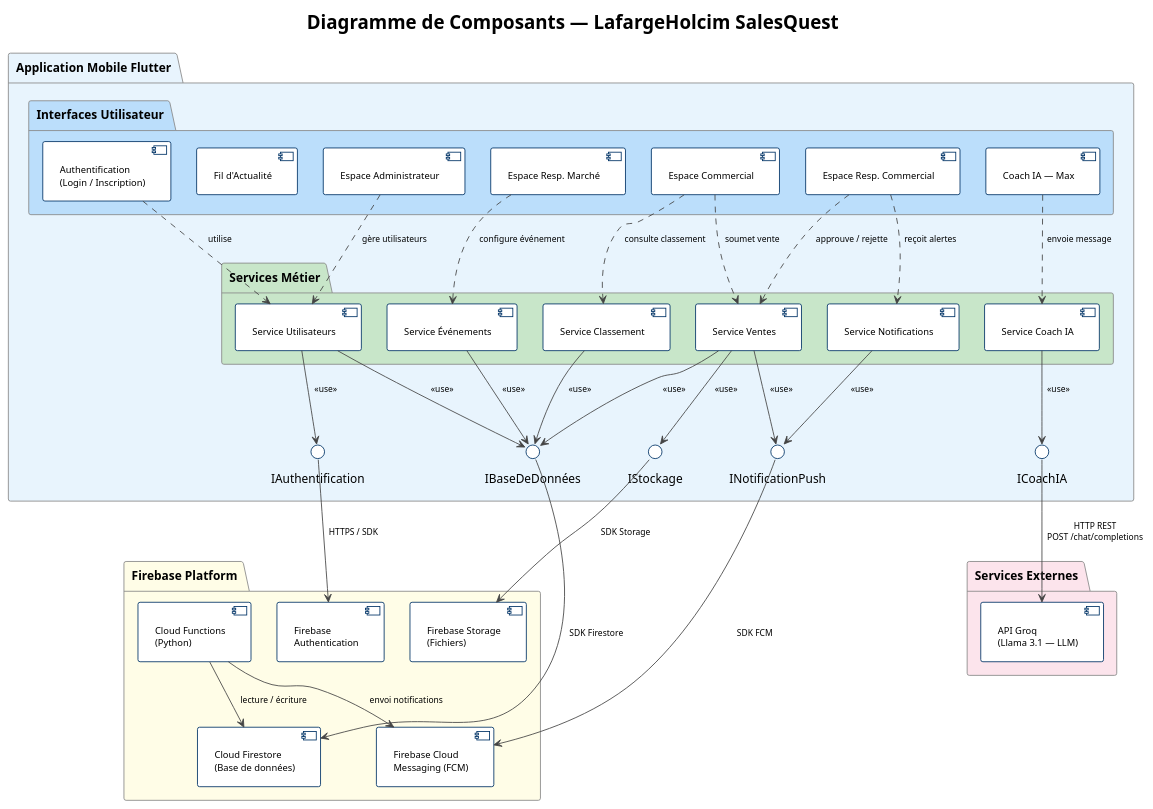
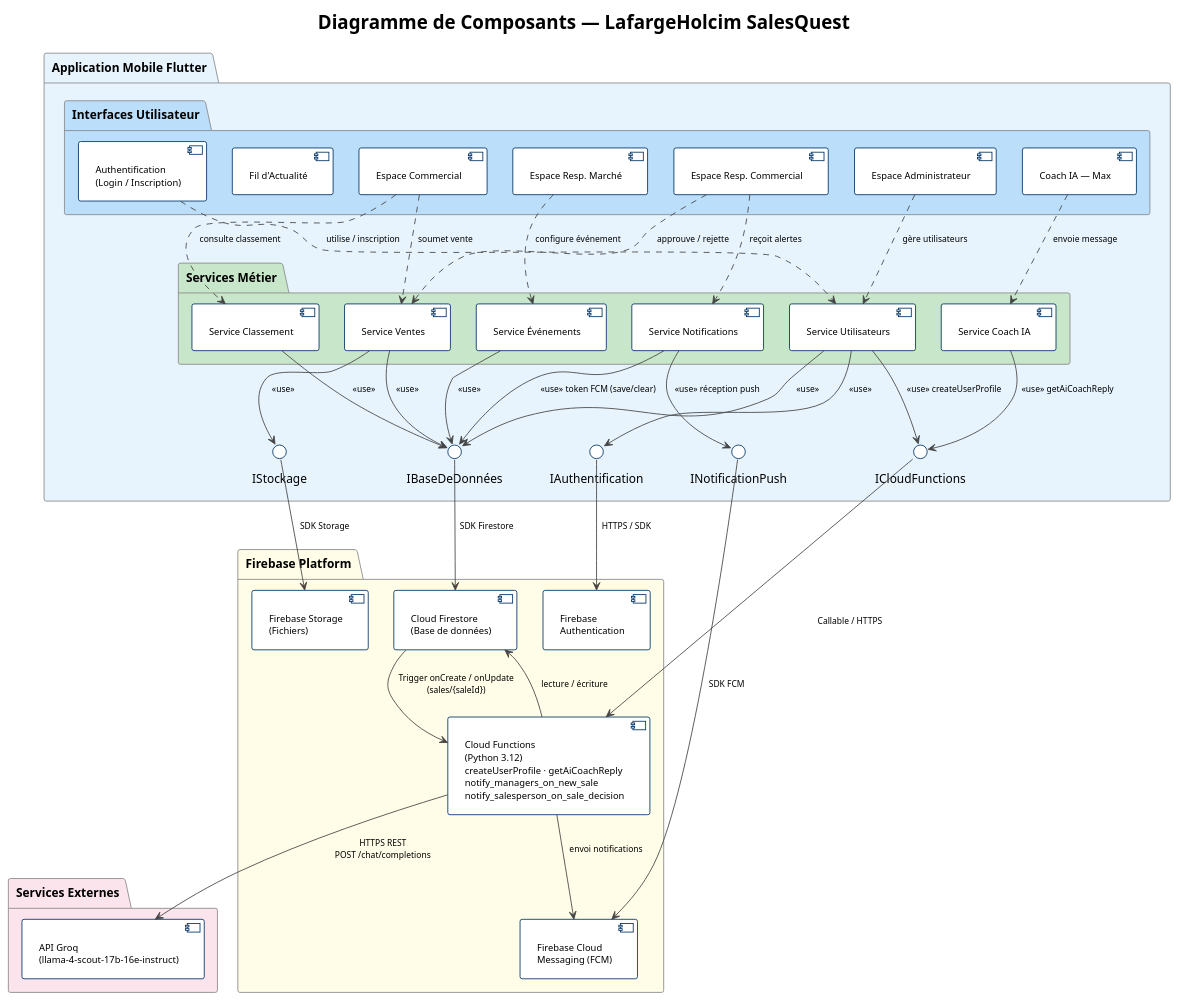
Before and after one commit to sadow2003/LafargeHolcim_sales_game: the diagram in docs/component_diagram.puml, drawn with PlantUML. The commit also changed 7 other files, not shown here.

```diff
--- a/docs/component_diagram.puml
+++ b/docs/component_diagram.puml
@@ -1,106 +1,110 @@
 @startuml Diagramme_Composants
 !theme plain
 top to bottom direction
 
 skinparam componentFontSize 11
 skinparam componentArrowFontSize 10
 skinparam componentBorderColor #003366
 skinparam componentBackgroundColor #FFFFFF
 skinparam packageBorderColor #888888
 skinparam interfaceBorderColor #003366
 skinparam ArrowColor #444444
 skinparam padding 5
 skinparam nodesep 30
 skinparam ranksep 40
 
 title Diagramme de Composants — LafargeHolcim SalesQuest
 
 ' ══════════════════════════════════════
 '  COUCHE PRÉSENTATION
 ' ══════════════════════════════════════
 package "Application Mobile Flutter" as FLUTTER #E8F4FD {
 
   package "Interfaces Utilisateur" as UI #BBDEFB {
     [Authentification\n(Login / Inscription)]  as C_AUTH
     [Espace Commercial]                         as C_SP
     [Espace Resp. Commercial]                   as C_SM
     [Espace Resp. Marché]                       as C_MM
     [Espace Administrateur]                     as C_AD
     [Fil d'Actualité]                           as C_BC
     [Coach IA — Max]                            as C_AI
   }
 
   package "Services Métier" as SVC #C8E6C9 {
     [Service Notifications]  as S_NOTIF
     [Service Coach IA]       as S_AI
     [Service Ventes]         as S_SALE
     [Service Événements]     as S_EVT
     [Service Utilisateurs]   as S_USR
     [Service Classement]     as S_RANK
   }
 
   ' ── Interfaces exposées par les services ──
   interface "IAuthentification"  as I_AUTH
   interface "IBaseDeDonnées"     as I_DB
   interface "IStockage"          as I_ST
   interface "INotificationPush"  as I_FCM
-  interface "ICoachIA"           as I_AI
+  interface "ICloudFunctions"    as I_CF
 
   ' UI → Services
-  C_AUTH ..> S_USR    : utilise
+  C_AUTH ..> S_USR    : utilise / inscription
   C_SP   ..> S_SALE   : soumet vente
   C_SP   ..> S_RANK   : consulte classement
   C_SM   ..> S_SALE   : approuve / rejette
   C_SM   ..> S_NOTIF  : reçoit alertes
   C_MM   ..> S_EVT    : configure événement
   C_AD   ..> S_USR    : gère utilisateurs
   C_AI   ..> S_AI     : envoie message
 
   ' Services → Interfaces
   S_USR   --> I_AUTH  : <<use>>
+  S_USR   --> I_CF    : <<use>> createUserProfile
   S_SALE  --> I_DB    : <<use>>
   S_SALE  --> I_ST    : <<use>>
-  S_SALE  --> I_FCM   : <<use>>
   S_EVT   --> I_DB    : <<use>>
-  S_NOTIF --> I_FCM   : <<use>>
+  S_NOTIF --> I_FCM   : <<use>> réception push
+  S_NOTIF --> I_DB    : <<use>> token FCM (save/clear)
   S_RANK  --> I_DB    : <<use>>
   S_USR   --> I_DB    : <<use>>
-  S_AI    --> I_AI    : <<use>>
+  S_AI    --> I_CF    : <<use>> getAiCoachReply
 }
 
 ' ══════════════════════════════════════
 '  FIREBASE PLATFORM
 ' ══════════════════════════════════════
 package "Firebase Platform" as FB #FFFDE7 {
   [Firebase\nAuthentication]       as FB_AUTH
   [Cloud Firestore\n(Base de données)] as FB_FS
   [Firebase Storage\n(Fichiers)]   as FB_ST
   [Firebase Cloud\nMessaging (FCM)] as FB_FCM
-  [Cloud Functions\n(Python)]      as FB_CF
+  [Cloud Functions\n(Python 3.12)\ncreateUserProfile · getAiCoachReply\nnotify_managers_on_new_sale\nnotify_salesperson_on_sale_decision] as FB_CF
 }
 
 ' ══════════════════════════════════════
 '  SERVICES EXTERNES
 ' ══════════════════════════════════════
 package "Services Externes" as EXT #FCE4EC {
-  [API Groq\n(Llama 3.1 — LLM)]  as EXT_GROQ
+  [API Groq\n(llama-4-scout-17b-16e-instruct)]  as EXT_GROQ
 }
 
 ' ══════════════════════════════════════
 '  CONNEXIONS INTERFACES → FIREBASE
 ' ══════════════════════════════════════
 I_AUTH --> FB_AUTH  : HTTPS / SDK
 I_DB   --> FB_FS    : SDK Firestore
 I_ST   --> FB_ST    : SDK Storage
 I_FCM  --> FB_FCM   : SDK FCM
+I_CF   --> FB_CF    : Callable / HTTPS
 
-' Cloud Functions
+' Cloud Functions triggers déclenchés par des écritures Firestore
+FB_FS  --> FB_CF   : Trigger onCreate / onUpdate\n(sales/{saleId})
 FB_CF  --> FB_FS   : lecture / écriture
 FB_CF  --> FB_FCM  : envoi notifications
 
 ' ══════════════════════════════════════
-'  CONNEXION COACH IA → GROQ
+'  CONNEXION COACH IA → GROQ (via Cloud Functions — la clé API
+'  Groq est un secret serveur, jamais exposée au client)
 ' ══════════════════════════════════════
-I_AI --> EXT_GROQ : HTTP REST\nPOST /chat/completions
+FB_CF --> EXT_GROQ : HTTPS REST\nPOST /chat/completions
 
 @enduml
```
